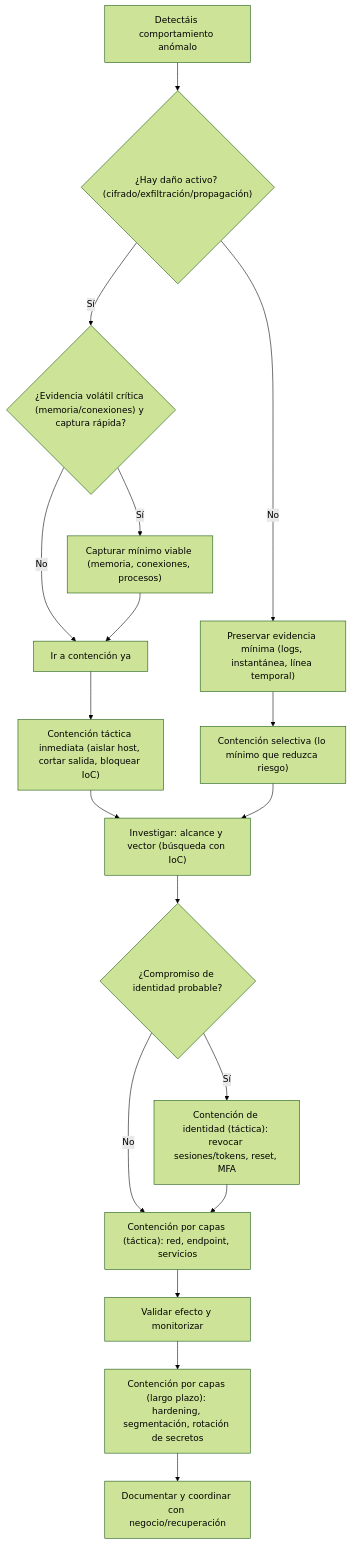
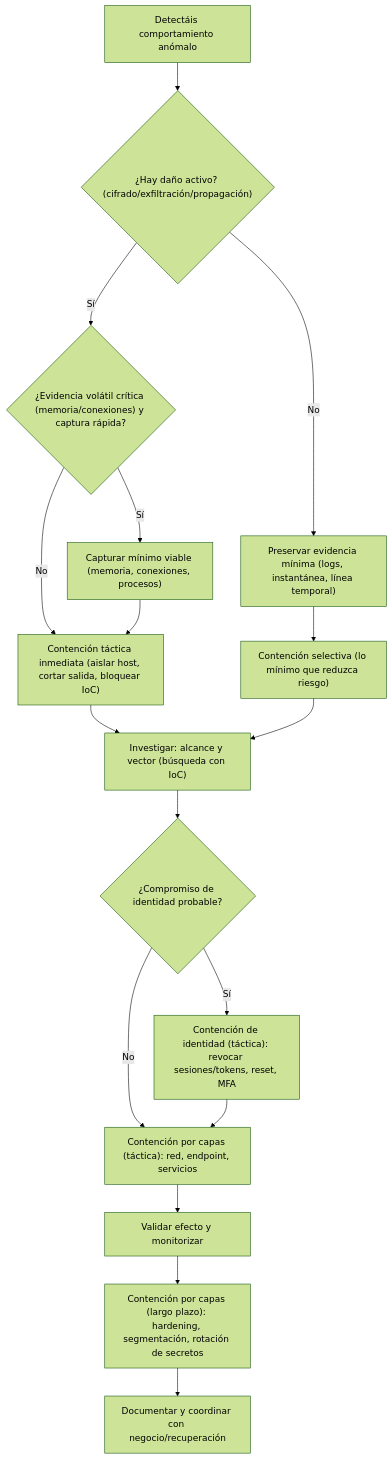
The first of 2 diagrams in docs/section2/u03/teoria/IS-U3.5.1.-Contencion.md (revilofe/revilofe.github.io), drawn with Mermaid (forest theme) before and after one commit.

Commit message:
IS U3 archivo IS-U3.5.1.-Contencion.md, se modifica documentación de contención de incidentes para mejorar la claridad del documento.

````diff
--- a/docs/section2/u03/teoria/IS-U3.5.1.-Contencion.md
+++ b/docs/section2/u03/teoria/IS-U3.5.1.-Contencion.md
@@ -142,26 +142,25 @@
 ```mermaid
 flowchart TD
 
     A["Detectáis comportamiento anómalo"] --> B{"¿Hay daño activo? (cifrado/exfiltración/propagación)"}
 
     B -->|Sí| C{"¿Evidencia volátil crítica (memoria/conexiones) y captura rápida?"}
     C -->|Sí| D["Capturar mínimo viable (memoria, conexiones, procesos)"]
-    C -->|No| E["Ir a contención ya"]
+    C -->|No| E["Contención táctica inmediata (aislar host, cortar salida, bloquear IoC)"]
     D --> E
-    E --> F["Contención táctica inmediata (aislar host, cortar salida, bloquear IoC)"]
-
+    
     B -->|No| G["Preservar evidencia mínima (logs, instantánea, línea temporal)"]
     G --> H["Contención selectiva (lo mínimo que reduzca riesgo)"]
 
-    F --> I["Investigar: alcance y vector (búsqueda con IoC)"]
+    E --> I["Investigar: alcance y vector (búsqueda con IoC)"]
     H --> I
 
     I --> J{"¿Compromiso de identidad probable?"}
     J -->|Sí| K["Contención de identidad (táctica): revocar sesiones/tokens, reset, MFA"]
     J -->|No| L["Contención por capas (táctica): red, endpoint, servicios"]
     K --> L
 
     L --> M["Validar efecto y monitorizar"]
     M --> N["Contención por capas (largo plazo): hardening, segmentación, rotación de secretos"]
     N --> O["Documentar y coordinar con negocio/recuperación"]
 ```
````
